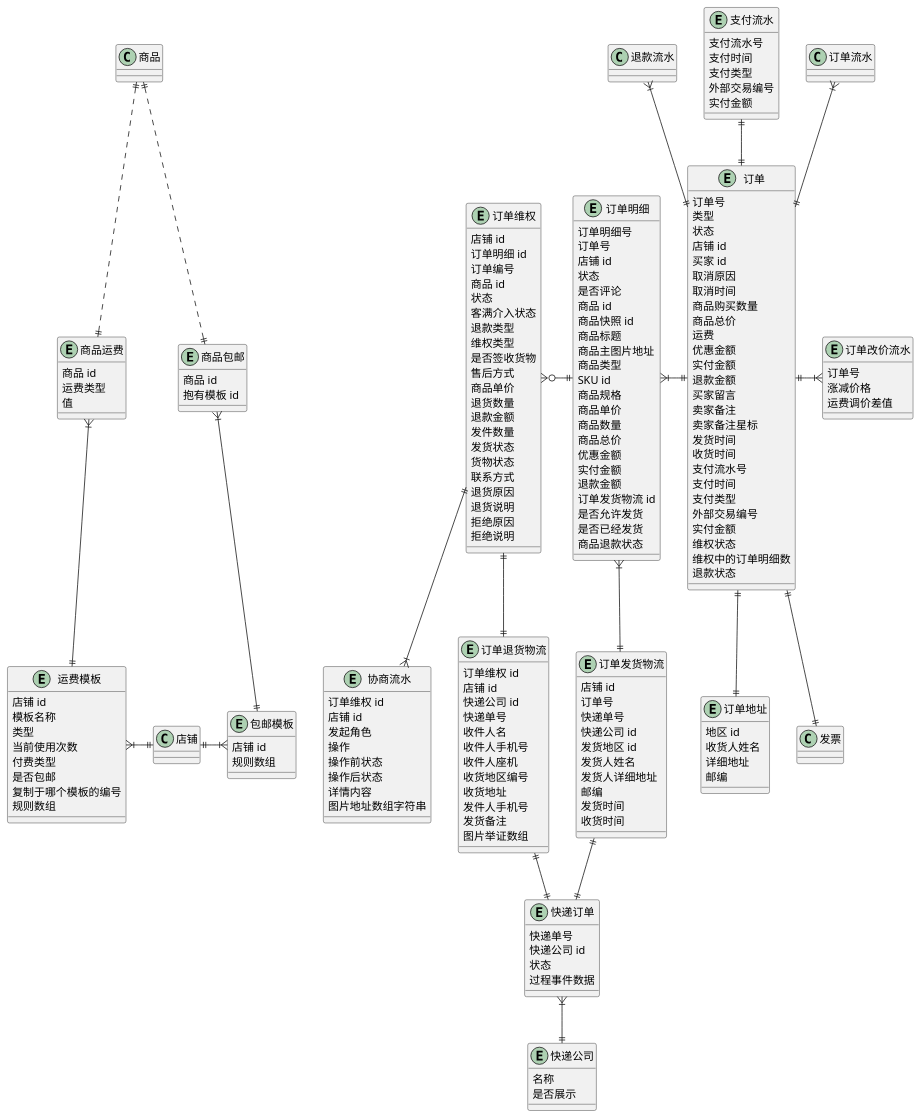
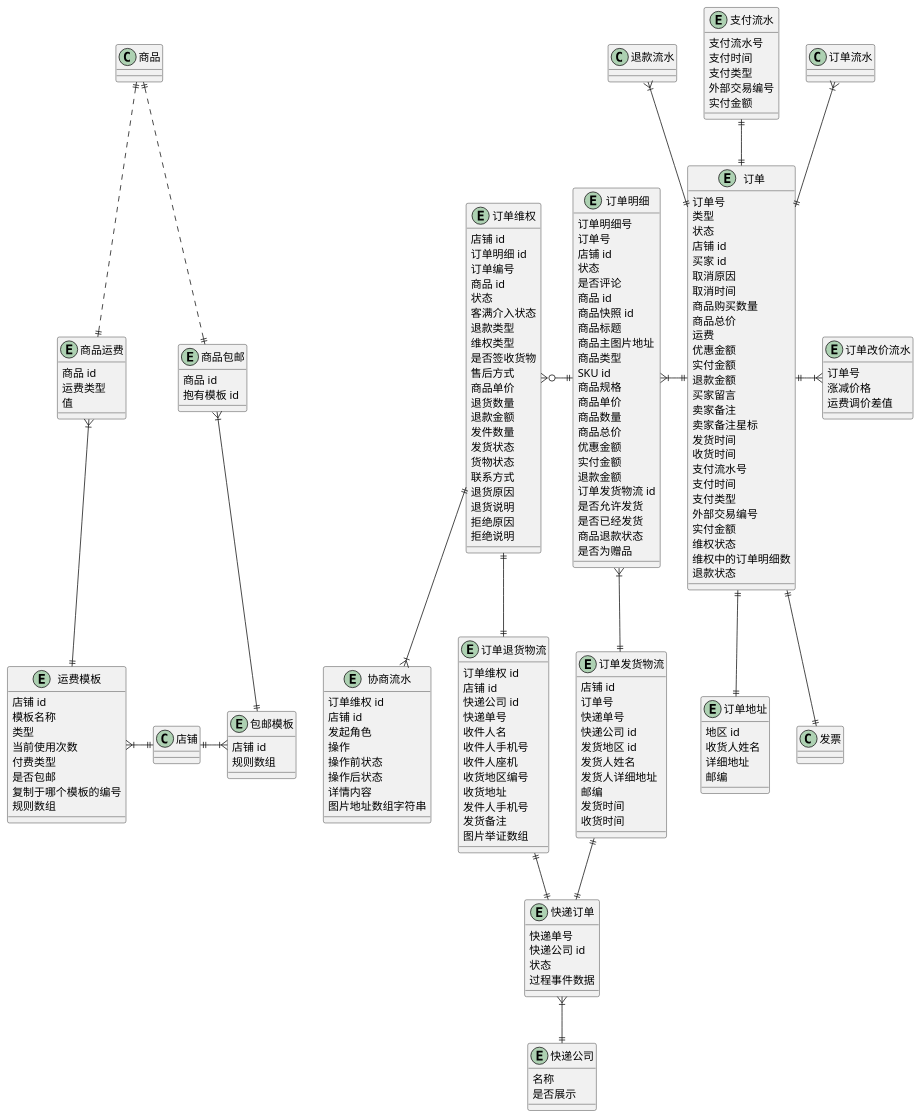
One commit to awesomecat2020/mock-mall changed the diagram in 订单.wsd. Above: the diagram before and after it, drawn with PlantUML. The commit also changed 1 other file, not shown here.

```diff
--- a/订单.wsd
+++ b/订单.wsd
@@ -94,6 +94,7 @@
     ' 1 - 部分退款
     ' 11 - 全部退款
     商品退款状态
+    是否为赠品
 }
 entity 订单改价流水 {
     订单号
```
